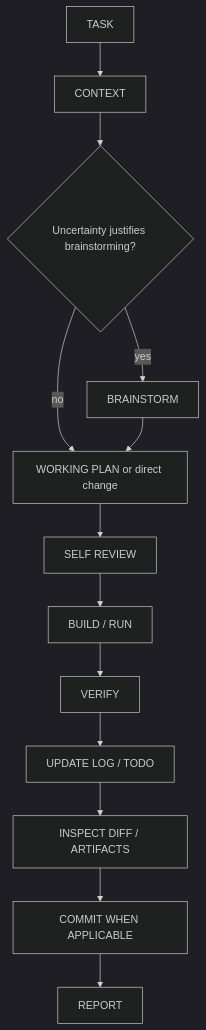
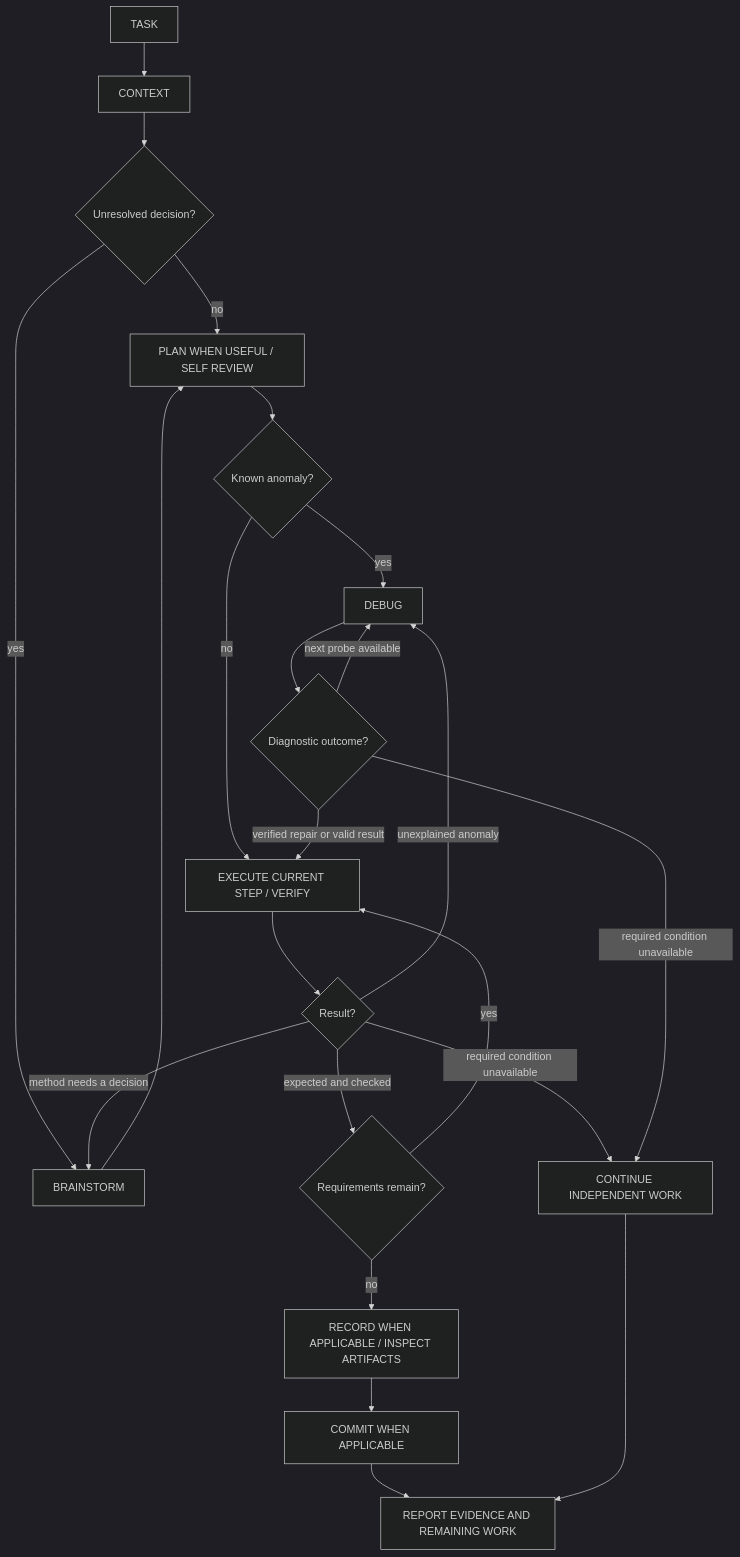
The diagram in README.md (daoyezongzi/Janus), drawn with Mermaid (dark theme) before and after one commit. The commit also changed other lines of this file and 10 other files, not shown here.

````diff
--- a/README.md
+++ b/README.md
@@ -44,15 +46,25 @@
 ```mermaid
 flowchart TD
     A["TASK"] --> B["CONTEXT"]
-    B --> C{"Uncertainty justifies brainstorming?"}
-    C -->|"no"| D["WORKING PLAN or direct change"]
+    B --> C{"Unresolved decision?"}
+    C -->|"no"| D["PLAN WHEN USEFUL / SELF REVIEW"]
     C -->|"yes"| E["BRAINSTORM"]
     E --> D
-    D --> F["SELF REVIEW"]
-    F --> G["BUILD / RUN"]
-    G --> H["VERIFY"]
-    H --> I["UPDATE LOG / TODO"]
-    I --> J["INSPECT DIFF / ARTIFACTS"]
+    D --> F{"Known anomaly?"}
+    F -->|"yes"| X["DEBUG"]
+    F -->|"no"| G["EXECUTE CURRENT STEP / VERIFY"]
+    G --> H{"Result?"}
+    H -->|"expected and checked"| I{"Requirements remain?"}
+    H -->|"unexplained anomaly"| X
+    H -->|"method needs a decision"| E
+    H -->|"required condition unavailable"| U["CONTINUE INDEPENDENT WORK"]
+    X --> Y{"Diagnostic outcome?"}
+    Y -->|"verified repair or valid result"| G
+    Y -->|"next probe available"| X
+    Y -->|"required condition unavailable"| U
+    I -->|"yes"| G
+    I -->|"no"| J["RECORD WHEN APPLICABLE / INSPECT ARTIFACTS"]
     J --> K["COMMIT WHEN APPLICABLE"]
-    K --> L["REPORT"]
+    K --> L["REPORT EVIDENCE AND REMAINING WORK"]
+    U --> L
 ```
````
